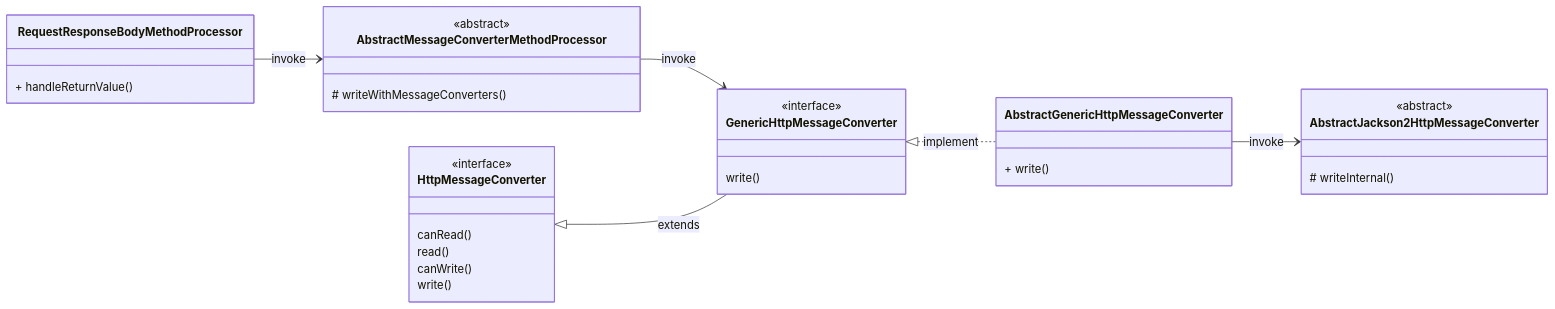
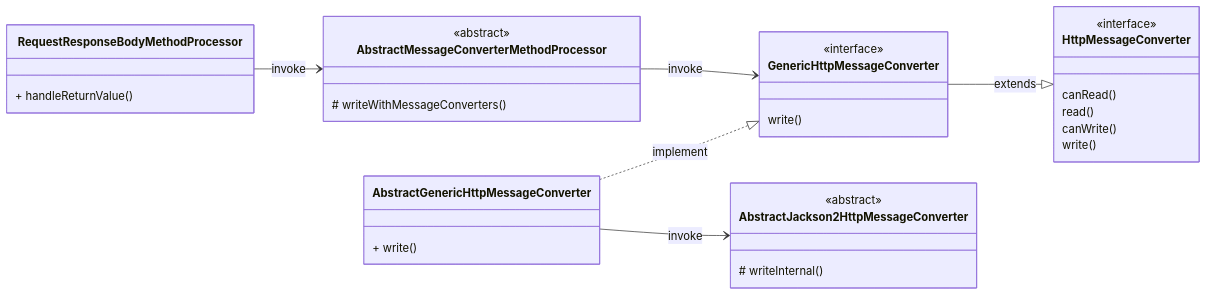
One commit to domeniczz/learnJavaDev changed diagram 17 of 38 in DevTech/Spring.md. Above: the diagram before and after it, drawn with Mermaid. The commit also changed other lines of this file and 4 other files, not shown here.

````diff
--- a/DevTech/Spring.md
+++ b/DevTech/Spring.md
@@ -6531,34 +6777,34 @@
 ```mermaid
 classDiagram
   direction LR
   class RequestResponseBodyMethodProcessor {
     + handleReturnValue()
   }
   class AbstractMessageConverterMethodProcessor {
     # writeWithMessageConverters()
   }
   <<abstract>> AbstractMessageConverterMethodProcessor
   class GenericHttpMessageConverter {
     write()
   }
   <<interface>> GenericHttpMessageConverter
   class AbstractGenericHttpMessageConverter {
     + write()
   }
   class AbstractJackson2HttpMessageConverter {
     # writeInternal()
   }
   class HttpMessageConverter {
     canRead()
     read()
     canWrite()
     write()
   }
   <<interface>> HttpMessageConverter
   <<abstract>> AbstractJackson2HttpMessageConverter
   RequestResponseBodyMethodProcessor --> AbstractMessageConverterMethodProcessor : invoke
   AbstractMessageConverterMethodProcessor --> GenericHttpMessageConverter : invoke
-  HttpMessageConverter <|-- GenericHttpMessageConverter : extends
-  GenericHttpMessageConverter <|.. AbstractGenericHttpMessageConverter : implement
+  GenericHttpMessageConverter --|> HttpMessageConverter : extends
+  AbstractGenericHttpMessageConverter ..|> GenericHttpMessageConverter : implement
   AbstractGenericHttpMessageConverter --> AbstractJackson2HttpMessageConverter : invoke
 ```
````
